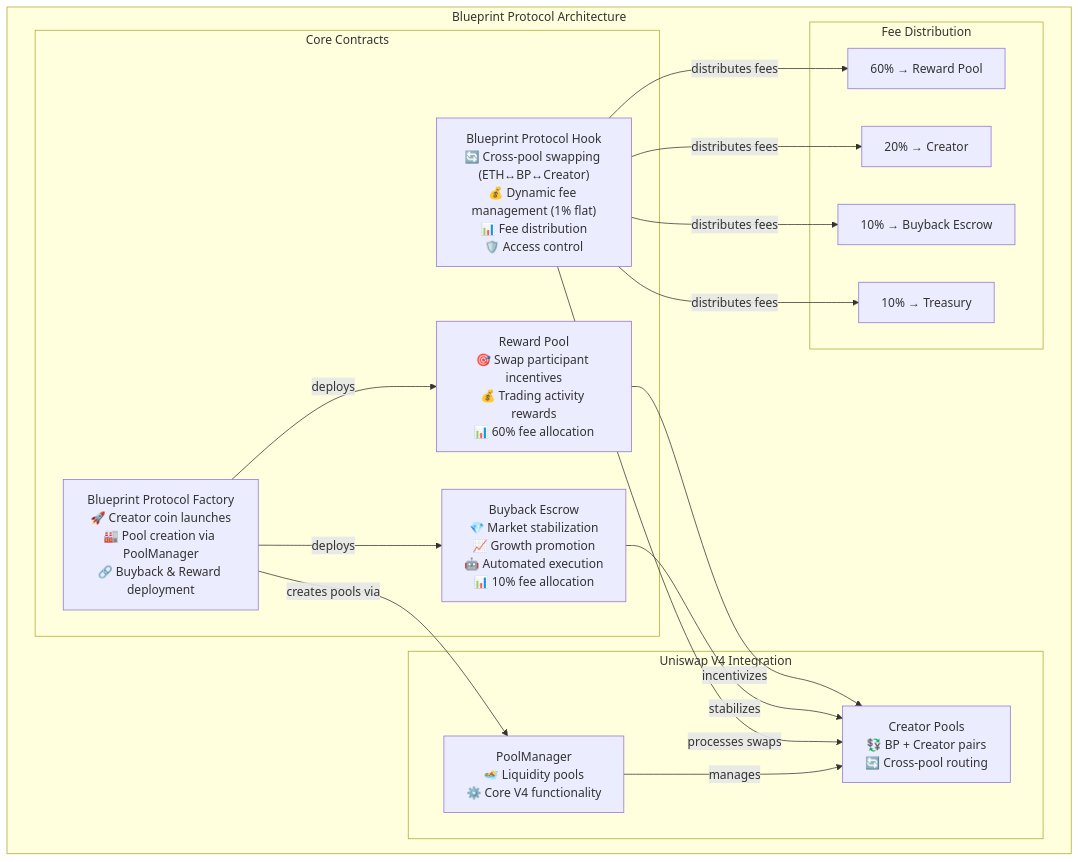
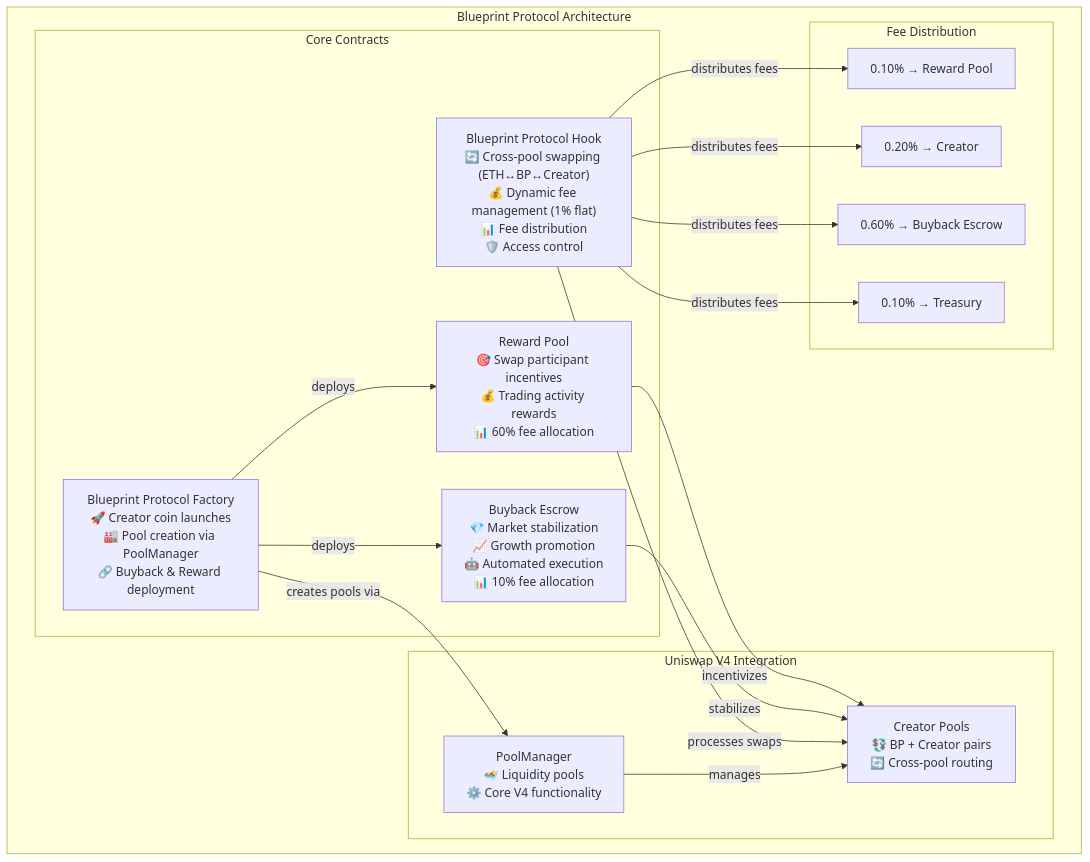
The diagram in .cursor/rules/BlueprintProtocol.mdc (BelloSights/blueprint-protocol), drawn with Mermaid before and after one commit. The commit also changed 3 other files, not shown here.

````diff
--- a/.cursor/rules/BlueprintProtocol.mdc
+++ b/.cursor/rules/BlueprintProtocol.mdc
@@ -11,35 +11,35 @@
 ```mermaid
 graph TB
     subgraph "Blueprint Protocol Architecture"
         subgraph "Core Contracts"
             Factory["Blueprint Protocol Factory<br/>🚀 Creator coin launches<br/>🏭 Pool creation via PoolManager<br/>🔗 Buyback & Reward deployment"]
             Hook["Blueprint Protocol Hook<br/>🔄 Cross-pool swapping (ETH↔BP↔Creator)<br/>💰 Dynamic fee management (1% flat)<br/>📊 Fee distribution<br/>🛡️ Access control"]
             Buyback["Buyback Escrow<br/>💎 Market stabilization<br/>📈 Growth promotion<br/>🤖 Automated execution<br/>📊 10% fee allocation"]
             Rewards["Reward Pool<br/>🎯 Swap participant incentives<br/>💰 Trading activity rewards<br/>📊 60% fee allocation"]
         end
         
         subgraph "Uniswap V4 Integration"
             PoolManager["PoolManager<br/>🏊 Liquidity pools<br/>⚙️ Core V4 functionality"]
             Pools["Creator Pools<br/>💱 BP + Creator pairs<br/>🔄 Cross-pool routing"]
         end
         
         subgraph "Fee Distribution"
-            RewardDist["60% → Reward Pool"]
-            CreatorDist["20% → Creator"]
-            BuybackDist["10% → Buyback Escrow"] 
-            TreasuryDist["10% → Treasury"]
+            RewardDist["0.10% → Reward Pool"]
+            CreatorDist["0.20% → Creator"]
+            BuybackDist["0.60% → Buyback Escrow"] 
+            TreasuryDist["0.10% → Treasury"]
         end
     end
     
     Factory -->|deploys| Buyback
     Factory -->|deploys| Rewards
     Factory -->|creates pools via| PoolManager
     PoolManager -->|manages| Pools
     Hook -->|processes swaps| Pools
     Hook -->|distributes fees| RewardDist
     Hook -->|distributes fees| CreatorDist
     Hook -->|distributes fees| BuybackDist
     Hook -->|distributes fees| TreasuryDist
     Buyback -->|stabilizes| Pools
     Rewards -->|incentivizes| Pools
 ```
````
